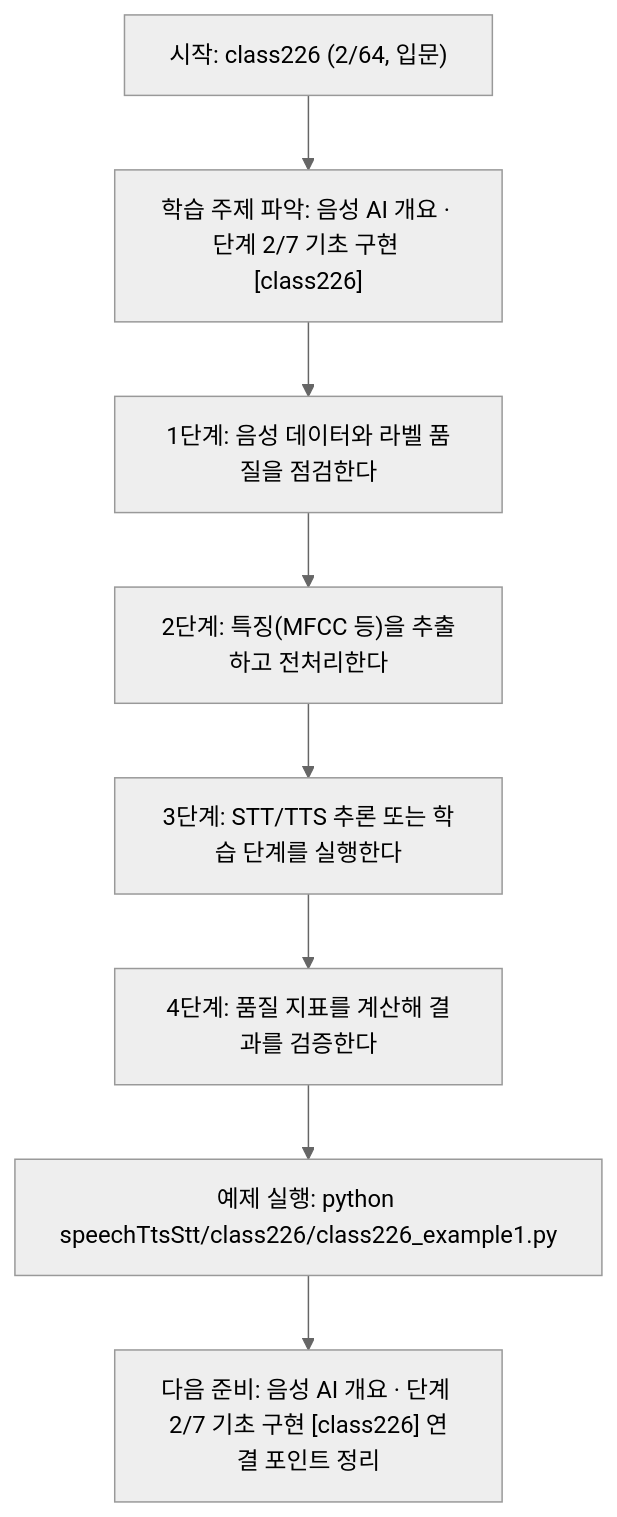
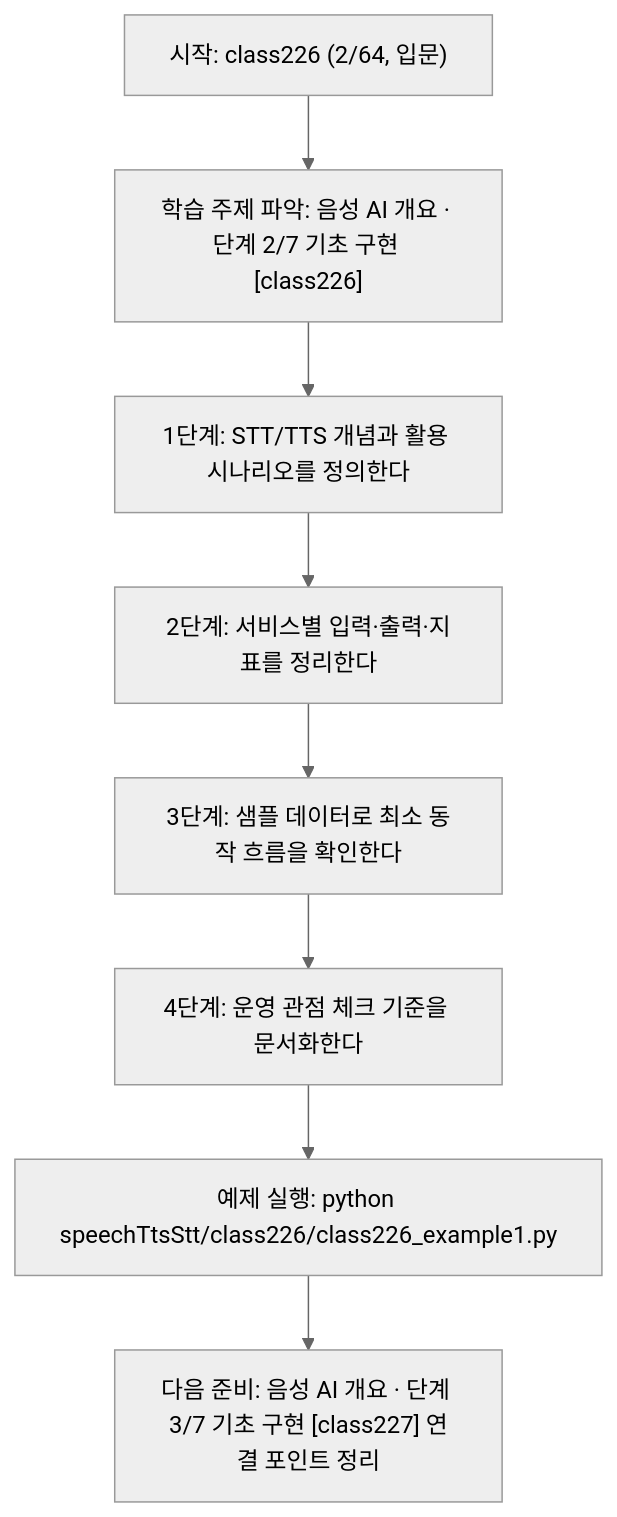
Before and after one commit to edumgt/Python-AI_Agent-Class: the diagram in speechTtsStt/class226/class226.md, drawn with Mermaid (neutral theme). The commit also changed other lines of this file and 1122 other files, not shown here.

````diff
--- a/speechTtsStt/class226/class226.md
+++ b/speechTtsStt/class226/class226.md
@@ -114,18 +95,18 @@
 ```mermaid
 flowchart TD
 N1["시작: class226 (2/64, 입문)"]
 N2["학습 주제 파악: 음성 AI 개요 · 단계 2/7 기초 구현 [class226]"]
-N3["1단계: 음성 데이터와 라벨 품질을 점검한다"]
-N4["2단계: 특징(MFCC 등)을 추출하고 전처리한다"]
-N5["3단계: STT/TTS 추론 또는 학습 단계를 실행한다"]
-N6["4단계: 품질 지표를 계산해 결과를 검증한다"]
+N3["1단계: STT/TTS 개념과 활용 시나리오를 정의한다"]
+N4["2단계: 서비스별 입력·출력·지표를 정리한다"]
+N5["3단계: 샘플 데이터로 최소 동작 흐름을 확인한다"]
+N6["4단계: 운영 관점 체크 기준을 문서화한다"]
 N7["예제 실행: python speechTtsStt/class226/class226_example1.py"]
-N8["다음 준비: 음성 AI 개요 · 단계 2/7 기초 구현 [class226] 연결 포인트 정리"]
+N8["다음 준비: 음성 AI 개요 · 단계 3/7 기초 구현 [class227] 연결 포인트 정리"]
 N1 --> N2
 N2 --> N3
 N3 --> N4
 N4 --> N5
 N5 --> N6
 N6 --> N7
 N7 --> N8
 ```
````
